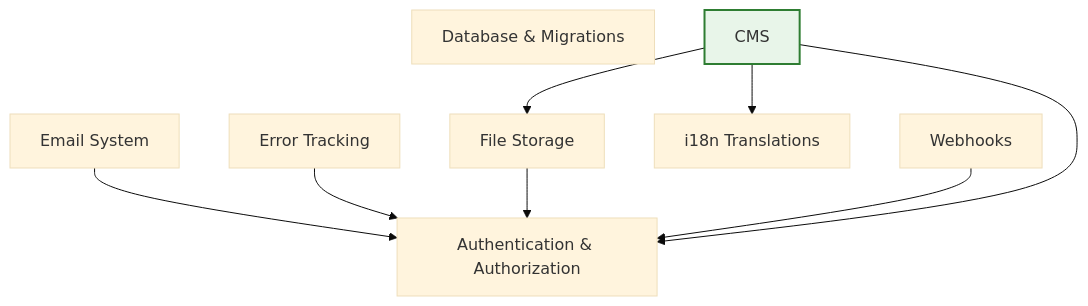
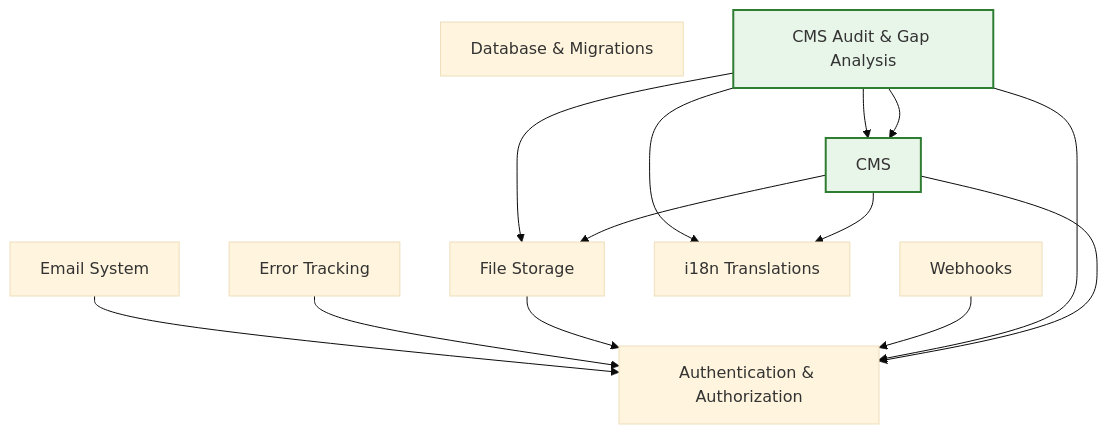
One commit to ADCP-dev/worldbid-api changed the diagram in docs/ARCHITECTURE.md. Above: the diagram before and after it, drawn with Mermaid (base theme). The commit also changed other lines of this file and 7 other files, not shown here.

````diff
--- a/docs/ARCHITECTURE.md
+++ b/docs/ARCHITECTURE.md
@@ -61,20 +62,26 @@
 ```mermaid
 graph TD
   auth["Authentication & Authorization"]
   database["Database & Migrations"]
   email["Email System"]
   error-logging["Error Tracking"]
   storage["File Storage"]
   translations["i18n Translations"]
   webhooks["Webhooks"]
+  cms-audit["CMS Audit & Gap Analysis"]:::ext
   cms["CMS"]:::ext
   email --> auth
   error-logging --> auth
   storage --> auth
   webhooks --> auth
+  cms-audit --> cms
+  cms-audit --> auth
+  cms-audit --> storage
+  cms-audit --> translations
+  cms-audit --> cms
   cms --> auth
   cms --> storage
   cms --> translations
 
   classDef ext fill:#e8f5e9,stroke:#2e7d32,stroke-width:2px;
 ```
````
